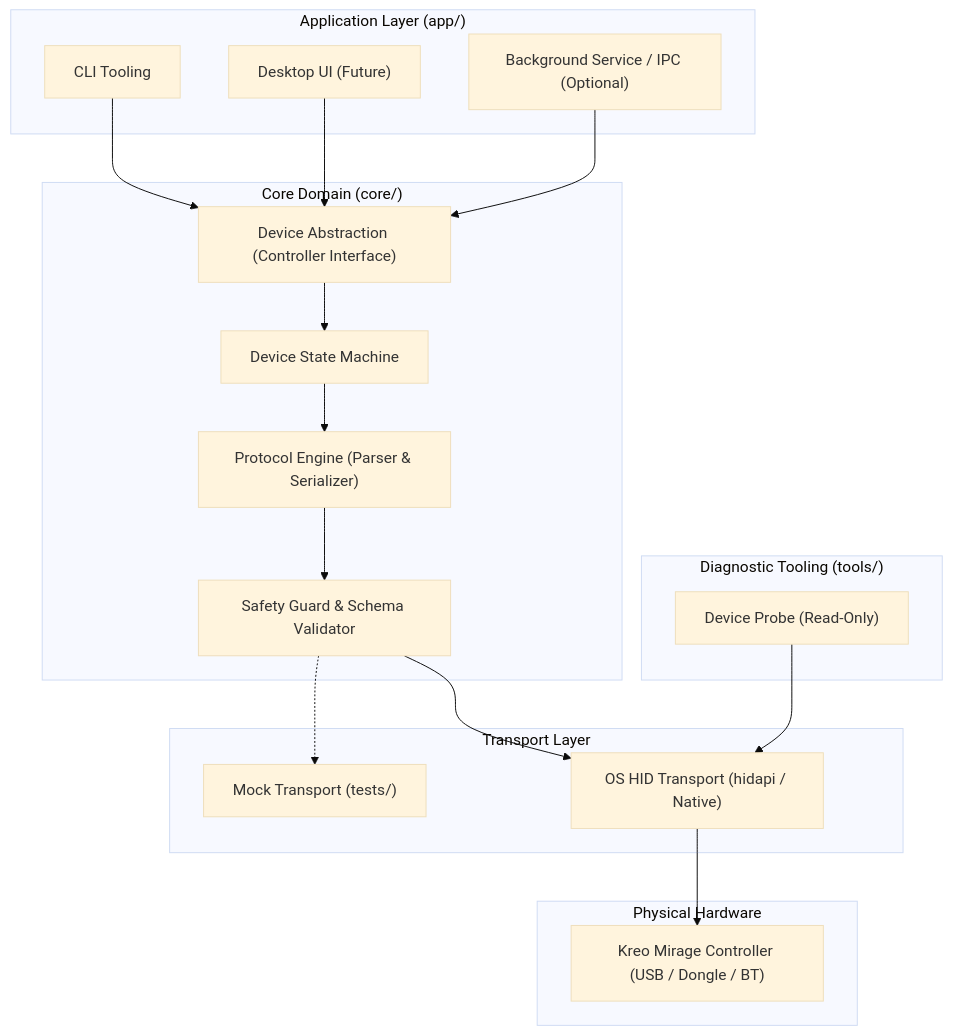
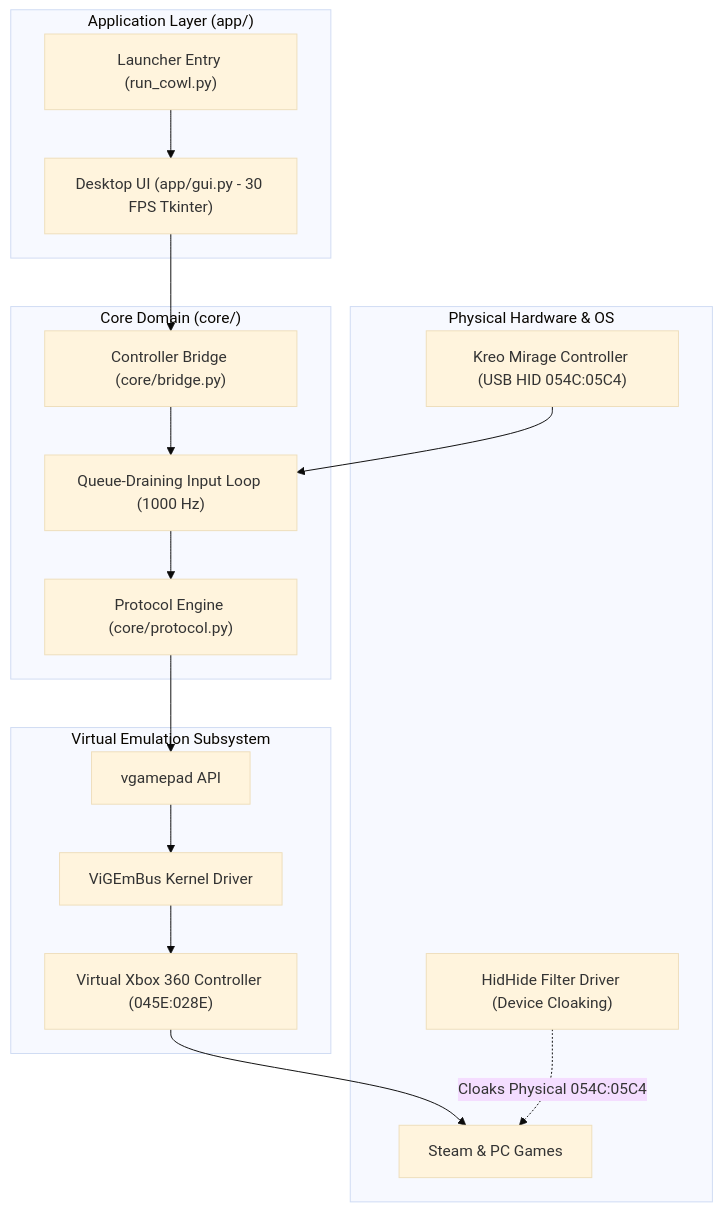
One commit to AXRYA7/COWL changed the diagram in docs/ARCHITECTURE.md. Above: the diagram before and after it, drawn with Mermaid (base theme). The commit also changed other lines of this file and 12 other files, not shown here.

````diff
--- a/docs/ARCHITECTURE.md
+++ b/docs/ARCHITECTURE.md
@@ -11,41 +11,36 @@
 ```mermaid
 graph TD
     subgraph UI ["Application Layer (app/)"]
-        CLI["CLI Tooling"]
-        GUI["Desktop UI (Future)"]
-        DAEMON["Background Service / IPC (Optional)"]
+        GUI["Desktop UI (app/gui.py - 30 FPS Tkinter)"]
+        LAUNCHER["Launcher Entry (run_cowl.py)"]
     end
 
     subgraph Core ["Core Domain (core/)"]
-        STATE["Device State Machine"]
-        PROTOCOL["Protocol Engine (Parser & Serializer)"]
-        SAFETY["Safety Guard & Schema Validator"]
-        HAL["Device Abstraction (Controller Interface)"]
+        BRIDGE["Controller Bridge (core/bridge.py)"]
+        DRAIN["Queue-Draining Input Loop (1000 Hz)"]
+        PROTOCOL["Protocol Engine (core/protocol.py)"]
     end
 
-    subgraph Transport ["Transport Layer"]
-        MOCK["Mock Transport (tests/)"]
-        HID["OS HID Transport (hidapi / Native)"]
+    subgraph Emulation ["Virtual Emulation Subsystem"]
+        VGAMEPAD["vgamepad API"]
+        VIGEM["ViGEmBus Kernel Driver"]
+        XINPUT["Virtual Xbox 360 Controller (045E:028E)"]
     end
 
-    subgraph Hardware ["Physical Hardware"]
-        MIRAGE["Kreo Mirage Controller (USB / Dongle / BT)"]
+    subgraph Hardware ["Physical Hardware & OS"]
+        MIRAGE["Kreo Mirage Controller (USB HID 054C:05C4)"]
+        HIDHIDE["HidHide Filter Driver (Device Cloaking)"]
+        GAMES["Steam & PC Games"]
     end
 
-    subgraph Tools ["Diagnostic Tooling (tools/)"]
-        PROBE["Device Probe (Read-Only)"]
-    end
-
-    CLI --> HAL
-    GUI --> HAL
-    DAEMON --> HAL
-
-    HAL --> STATE
-    STATE --> PROTOCOL
-    PROTOCOL --> SAFETY
-    SAFETY --> HID
-    SAFETY -.-> MOCK
-
-    HID --> MIRAGE
-    PROBE --> HID
+    LAUNCHER --> GUI
+    GUI --> BRIDGE
+    BRIDGE --> DRAIN
+    DRAIN --> PROTOCOL
+    MIRAGE --> DRAIN
+    PROTOCOL --> VGAMEPAD
+    VGAMEPAD --> VIGEM
+    VIGEM --> XINPUT
+    XINPUT --> GAMES
+    HIDHIDE -.->|Cloaks Physical 054C:05C4| GAMES
 ```
````
